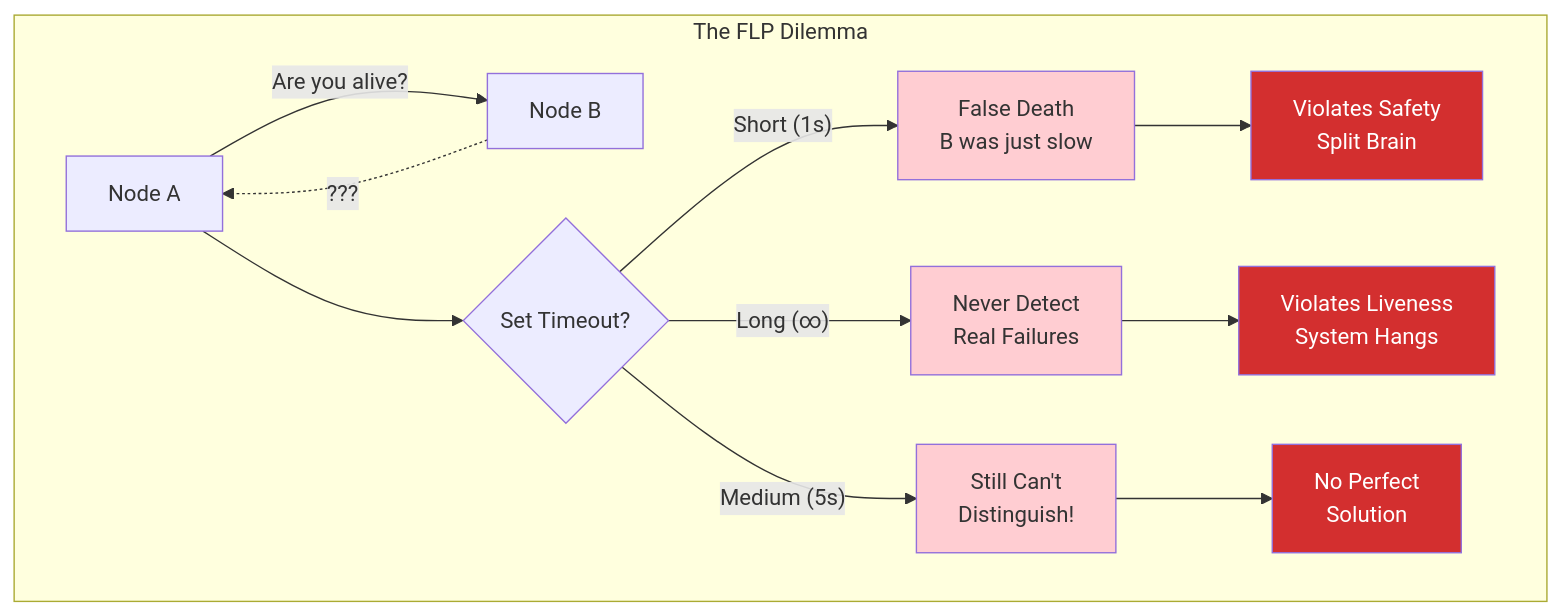
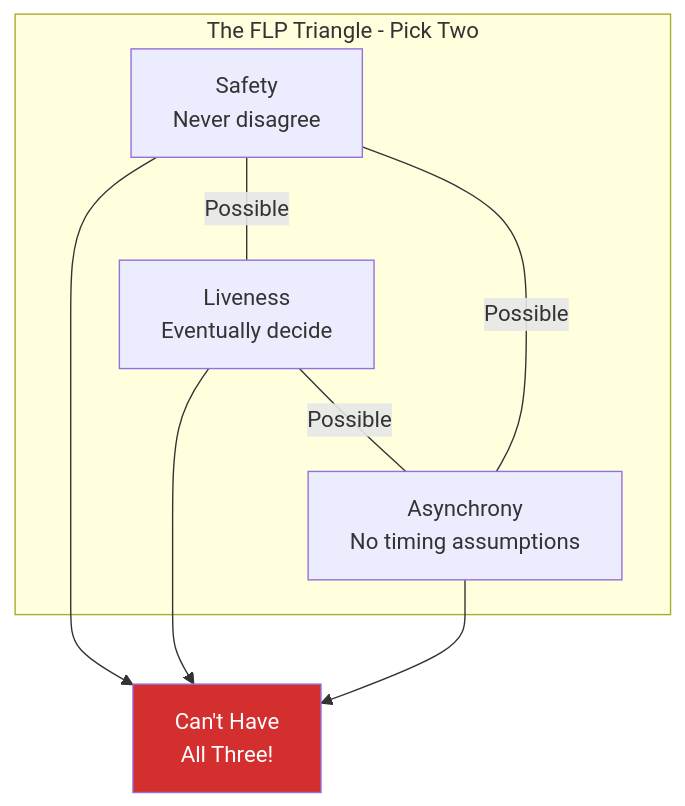
The third of 7 diagrams in docs/part1-axioms/law2-asynchrony/index.md (deepaucksharma/DStudio), drawn with Mermaid before and after one commit. The commit also changed other lines of this file and 43 other files, not shown here.

````diff
--- a/docs/part1-axioms/law2-asynchrony/index.md
+++ b/docs/part1-axioms/law2-asynchrony/index.md
@@ -179,23 +144,20 @@
 ```mermaid
-flowchart TB
-    subgraph "The FLP Dilemma"
-        A[Node A] -->|"Are you alive?"| B[Node B]
-        B -.->|???| A
-        
-        A --> T{Set Timeout?}
-        T -->|"Short (1s)"| F1[False Death<br/>B was just slow]
-        T -->|"Long (∞)"| F2[Never Detect<br/>Real Failures]
-        T -->|"Medium (5s)"| F3[Still Can't<br/>Distinguish!]
-        
-        F1 --> V1[Violates Safety<br/>Split Brain]
-        F2 --> V2[Violates Liveness<br/>System Hangs]
-        F3 --> V3[No Perfect<br/>Solution]
-        
-        style F1 fill:#ffcdd2
-        style F2 fill:#ffcdd2
-        style F3 fill:#ffcdd2
-        style V1 fill:#d32f2f,color:#fff
-        style V2 fill:#d32f2f,color:#fff
-        style V3 fill:#d32f2f,color:#fff
+graph TD
+    subgraph "The FLP Triangle - Pick Two"
+        SAFETY[Safety<br/>Never disagree]
+        LIVENESS[Liveness<br/>Eventually decide]
+        ASYNC[Asynchrony<br/>No timing assumptions]
     end
+    
+    SAFETY ---|"Possible"| LIVENESS
+    LIVENESS ---|"Possible"| ASYNC
+    ASYNC ---|"Possible"| SAFETY
+    
+    CENTER[Can't Have<br/>All Three!]
+    
+    SAFETY --> CENTER
+    LIVENESS --> CENTER
+    ASYNC --> CENTER
+    
+    style CENTER fill:#d32f2f,color:#fff
 ```
````
